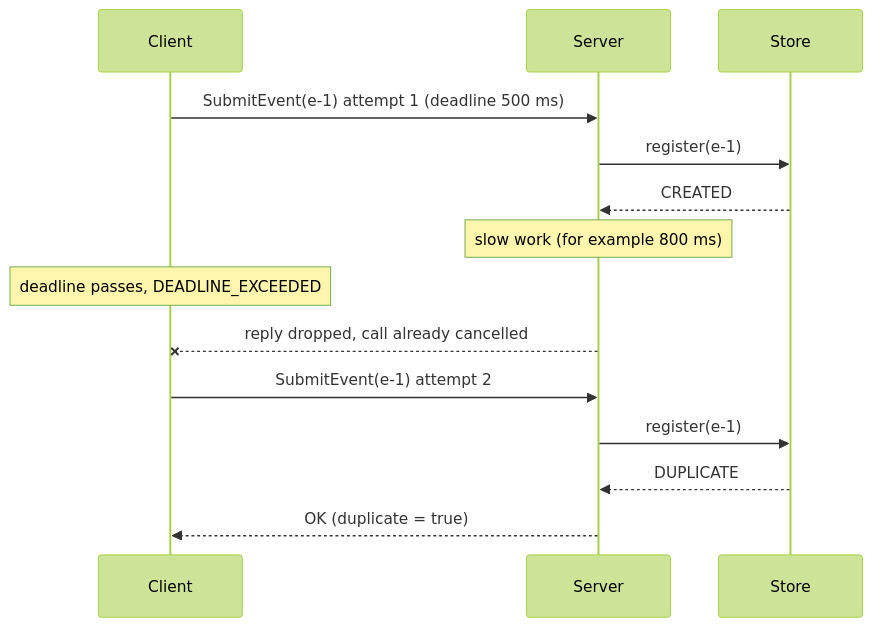
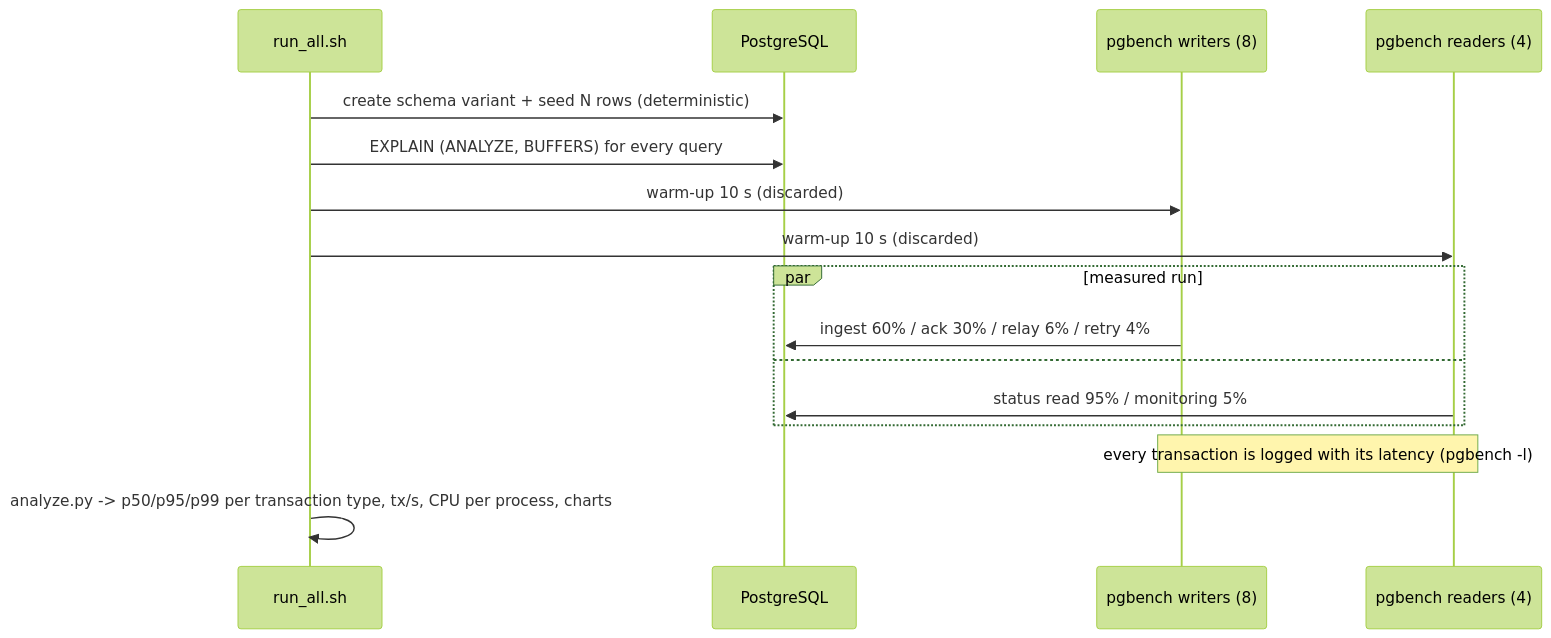
One commit to AibarSh/Highload_Tasks changed the fourth of 4 diagrams in README.md. Above: the diagram before and after it, drawn with Mermaid (forest theme). The commit also changed other lines of this file and 152 other files, not shown here.

````diff
--- a/README.md
+++ b/README.md
@@ -247,16 +143,18 @@
 ```mermaid
 sequenceDiagram
-    participant C as Client
-    participant S as Server
-    participant I as Store
-    C->>S: SubmitEvent(e-1) attempt 1 (deadline 500 ms)
-    S->>I: register(e-1)
-    I-->>S: CREATED
-    Note over S: slow work (for example 800 ms)
-    Note over C: deadline passes, DEADLINE_EXCEEDED
-    S--xC: reply dropped, call already cancelled
-    C->>S: SubmitEvent(e-1) attempt 2
-    S->>I: register(e-1)
-    I-->>S: DUPLICATE
-    S-->>C: OK (duplicate = true)
+    participant O as run_all.sh
+    participant DB as PostgreSQL
+    participant W as pgbench writers (8)
+    participant R as pgbench readers (4)
+    O->>DB: create schema variant + seed N rows (deterministic)
+    O->>DB: EXPLAIN (ANALYZE, BUFFERS) for every query
+    O->>W: warm-up 10 s (discarded)
+    O->>R: warm-up 10 s (discarded)
+    par measured run
+        W->>DB: ingest 60% / ack 30% / relay 6% / retry 4%
+    and
+        R->>DB: status read 95% / monitoring 5%
+    end
+    Note over W,R: every transaction is logged with its latency (pgbench -l)
+    O->>O: analyze.py -> p50/p95/p99 per transaction type, tx/s, CPU per process, charts
 ```
````
